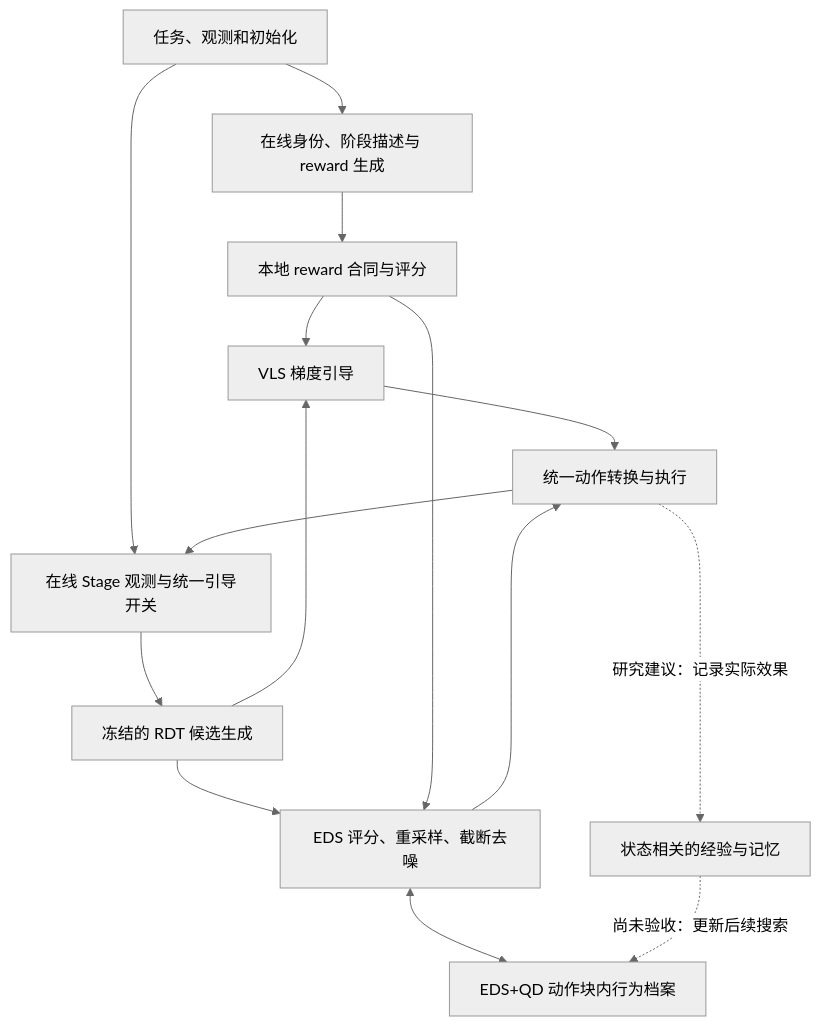
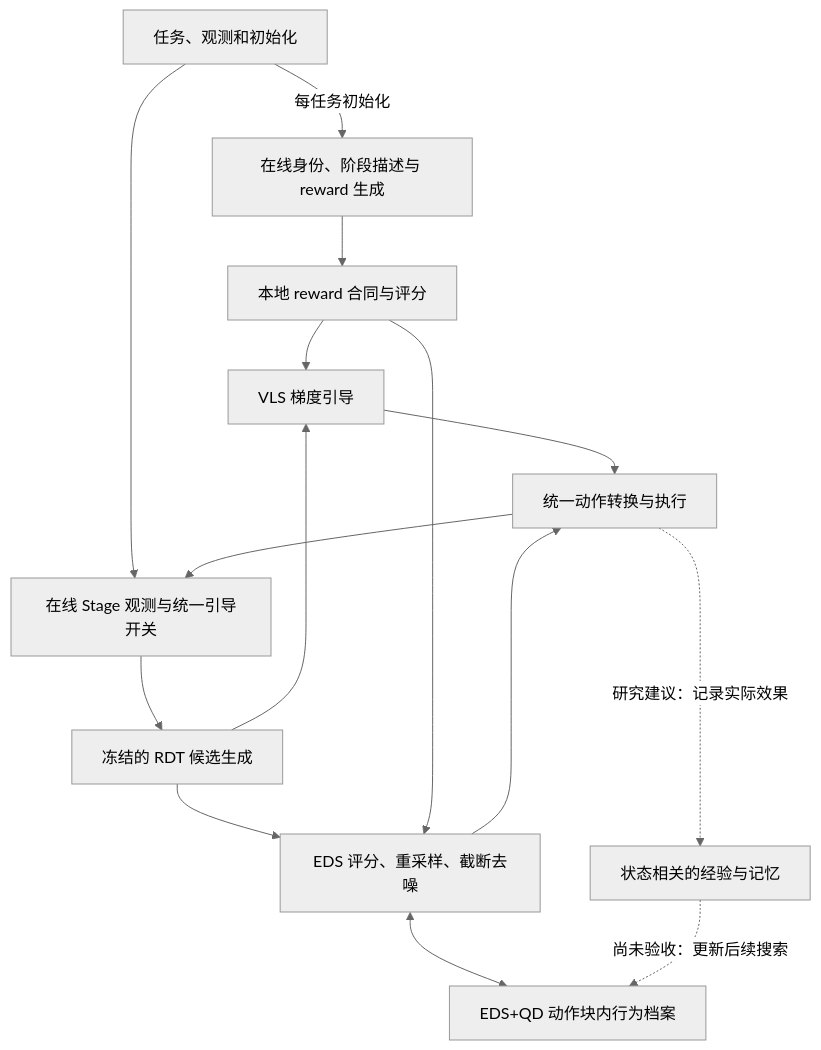
Before and after one commit to RIP4KOBE/vla-pilot-plus: the diagram in docs/research/research_proposal.md, drawn with Mermaid (neutral theme). The commit also changed other lines of this file and 10 other files, not shown here.

````diff
--- a/docs/research/research_proposal.md
+++ b/docs/research/research_proposal.md
@@ -41,17 +29,17 @@
 ```mermaid
 flowchart TD
-    Context[任务、观测和初始化] --> Agent[在线身份、阶段描述与 reward 生成]
+    Context[任务、观测和初始化] -->|每任务初始化| Agent[在线身份、阶段描述与 reward 生成]
     Agent --> Reward[本地 reward 合同与评分]
     Context --> Stage[在线 Stage 观测与统一引导开关]
     Stage --> RDT[冻结的 RDT 候选生成]
     RDT --> VLS[VLS 梯度引导]
     RDT --> EDS[EDS 评分、重采样、截断去噪]
     EDS <--> QD[EDS+QD 动作块内行为档案]
     Reward --> VLS
     Reward --> EDS
     VLS --> Action[统一动作转换与执行]
     EDS --> Action
     Action --> Stage
     Action -.研究建议：记录实际效果.-> Memory[状态相关的经验与记忆]
     Memory -.尚未验收：更新后续搜索.-> QD
 ```
````
